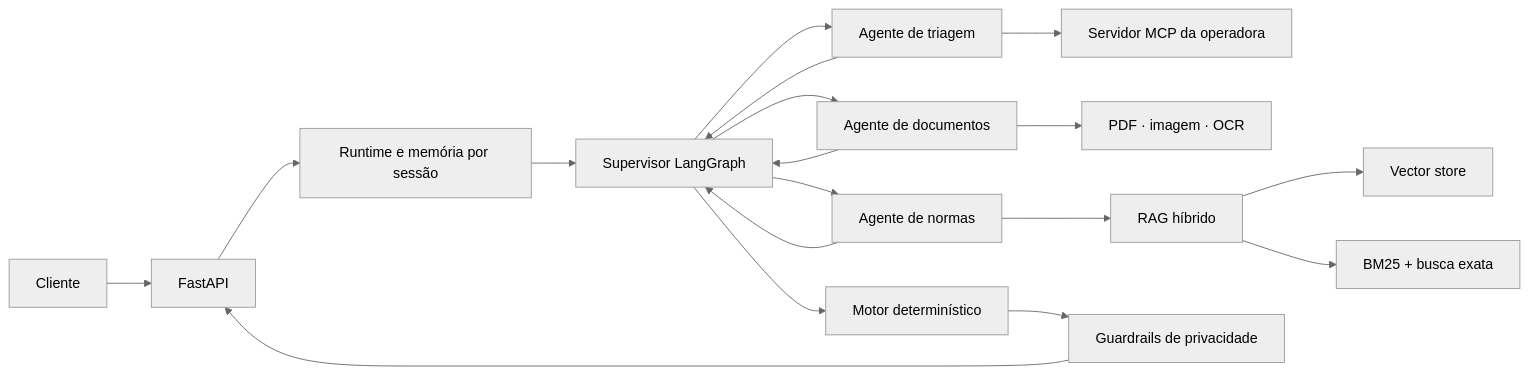
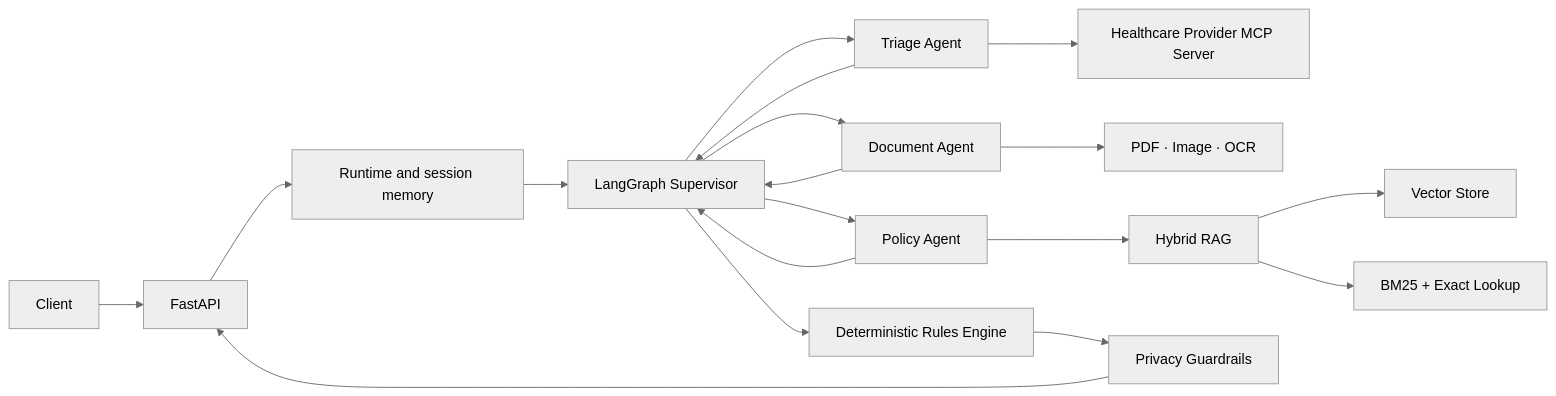
Before and after one commit to Eduardocin/healthcare-reimbursement-agent: the diagram in README.md, drawn with Mermaid (neutral theme). The commit also changed other lines of this file, not shown here.

````diff
--- a/README.md
+++ b/README.md
@@ -41,24 +43,24 @@
 ```mermaid
 flowchart LR
-    U[Cliente] --> API[FastAPI]
-    API --> RT[Runtime e memória por sessão]
-    RT --> S[Supervisor LangGraph]
+    U[Client] --> API[FastAPI]
+    API --> RT[Runtime and session memory]
+    RT --> S[LangGraph Supervisor]
 
-    S --> T[Agente de triagem]
-    T --> MCP[Servidor MCP da operadora]
+    S --> T[Triage Agent]
+    T --> MCP[Healthcare Provider MCP Server]
 
-    S --> D[Agente de documentos]
-    D --> EXT[PDF · imagem · OCR]
+    S --> D[Document Agent]
+    D --> EXT[PDF · Image · OCR]
 
-    S --> N[Agente de normas]
-    N --> RAG[RAG híbrido]
-    RAG --> VS[Vector store]
-    RAG --> BM[BM25 + busca exata]
+    S --> N[Policy Agent]
+    N --> RAG[Hybrid RAG]
+    RAG --> VS[Vector Store]
+    RAG --> BM[BM25 + Exact Lookup]
 
     T --> S
     D --> S
     N --> S
-    S --> C[Motor determinístico]
-    C --> G[Guardrails de privacidade]
+    S --> C[Deterministic Rules Engine]
+    C --> G[Privacy Guardrails]
     G --> API
 ```
````
